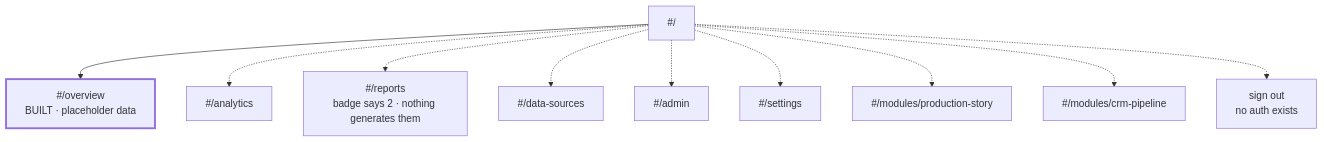
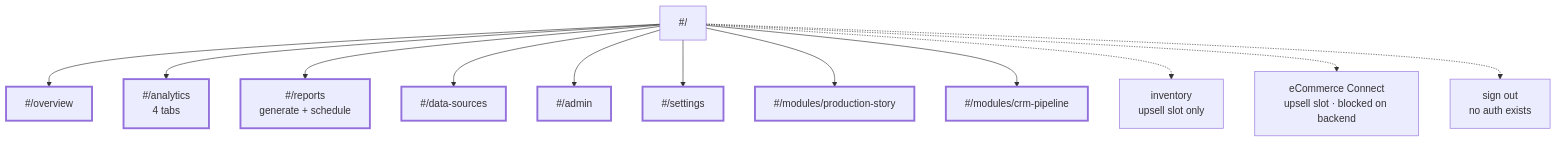
One commit to rixsta16/prism changed the first of 2 diagrams in docs/PAGES.md. Above: the diagram before and after it, drawn with Mermaid. The commit also changed other lines of this file and 39 other files, not shown here.

````diff
--- a/docs/PAGES.md
+++ b/docs/PAGES.md
@@ -7,15 +7,17 @@
 ```mermaid
 flowchart TD
-    root["#/"] --> ov["#/overview<br/>BUILT · placeholder data"]
-    root -.-> an["#/analytics"]
-    root -.-> rp["#/reports<br/>badge says 2 · nothing generates them"]
-    root -.-> ds["#/data-sources"]
-    root -.-> ad["#/admin"]
-    root -.-> st["#/settings"]
-    root -.-> pm["#/modules/production-story"]
-    root -.-> cm["#/modules/crm-pipeline"]
+    root["#/"] --> ov["#/overview"]
+    root --> an["#/analytics<br/>4 tabs"]
+    root --> rp["#/reports<br/>generate + schedule"]
+    root --> ds["#/data-sources"]
+    root --> ad["#/admin"]
+    root --> st["#/settings"]
+    root --> pm["#/modules/production-story"]
+    root --> cm["#/modules/crm-pipeline"]
+    root -.-> inv["inventory<br/>upsell slot only"]
+    root -.-> ec["eCommerce Connect<br/>upsell slot · blocked on backend"]
     root -.-> so["sign out<br/>no auth exists"]
 
     classDef built stroke-width:3px
-    class ov built
+    class ov,an,rp,ds,ad,st,pm,cm built
 ```
````
